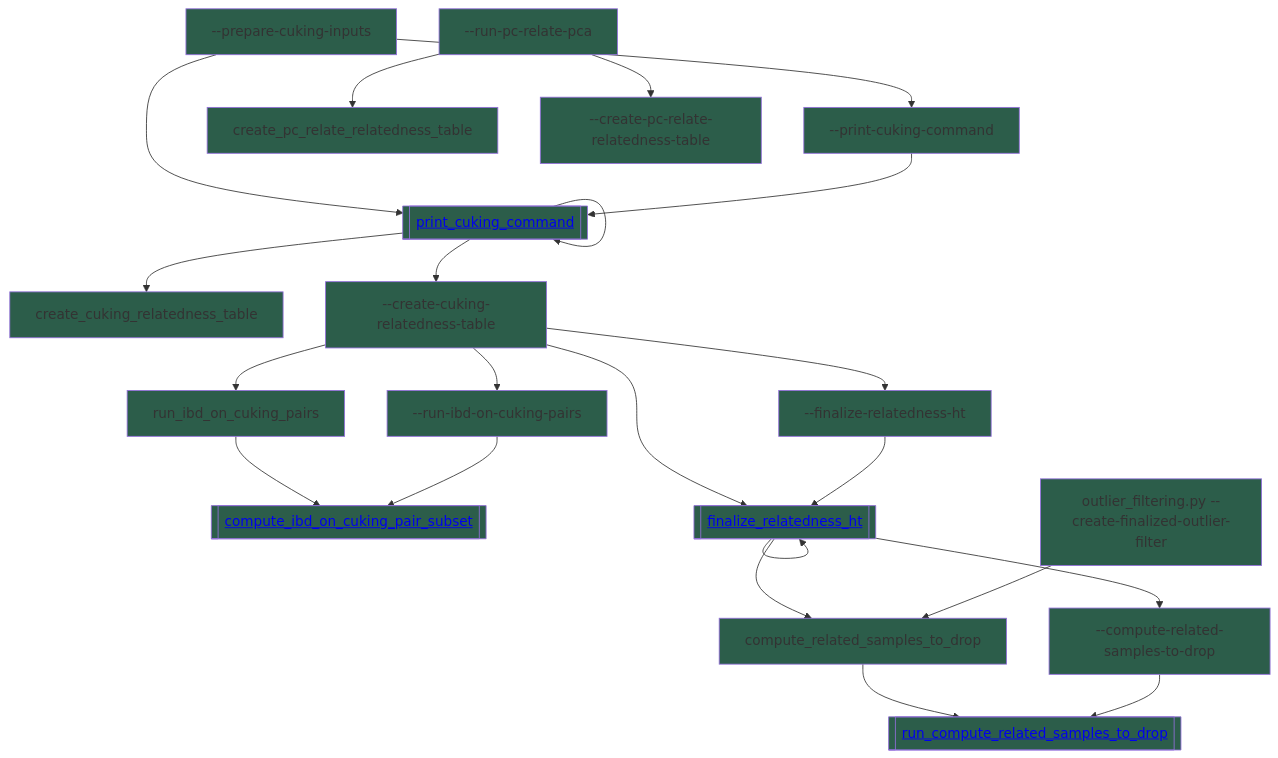
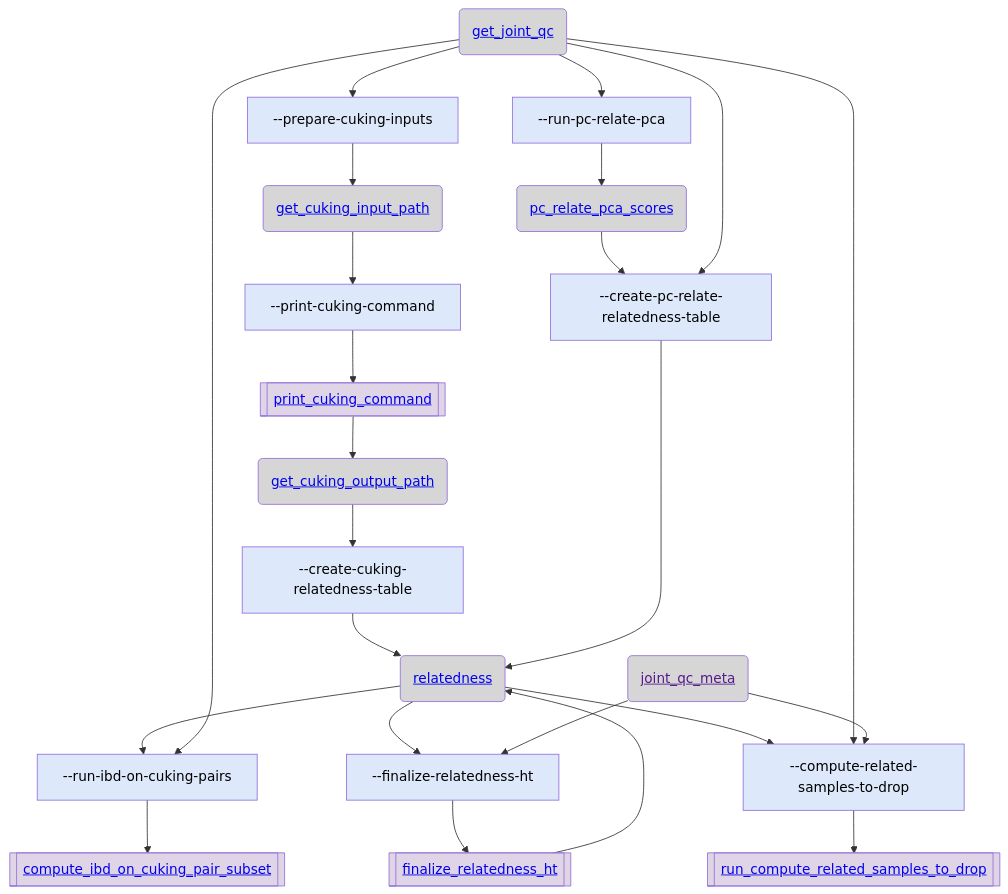
The second of 4 diagrams in gnomad_qc/v4/sample_qc/README.md (broadinstitute/gnomad_qc), drawn with Mermaid before and after one commit. The commit also changed other lines of this file and 6 other files, not shown here.

````diff
--- a/gnomad_qc/v4/sample_qc/README.md
+++ b/gnomad_qc/v4/sample_qc/README.md
@@ -45,31 +92,50 @@
 ```mermaid
 flowchart TB;
-  classDef script_color fill:#2C5D4A
-  classDef step_color fill:#2C5D4A
-  classDef func_color fill:#2C5D4A
-  classDef gnomad_methods_color fill:#2C5D4A
-  classDef hail_color fill:#2C5D4A
-  classDef resource_color fill:#2C5D4A
-  classDef validity_check_color fill:#2C5D4A
-  prepare-cuking-inputs["--prepare-cuking-inputs"]:::step_color --> print_cuking_command["print_cuking_command"]:::step_color;
-  print_cuking_command["print_cuking_command"]:::step_color --> print_cuking_command[["<a href='https://github.com/broadinstitute/gnomad_qc/tree/main/gnomad_qc/v4/sample_qc/relatedness.py#L46'>print_cuking_command</a>"]]:::func_color;
-  print-cuking-command["--print-cuking-command"]:::step_color --> print_cuking_command[["<a href='https://github.com/broadinstitute/gnomad_qc/tree/main/gnomad_qc/v4/sample_qc/relatedness.py#L46'>print_cuking_command</a>"]]:::func_color;
-  print_cuking_command[["<a href='https://github.com/broadinstitute/gnomad_qc/tree/main/gnomad_qc/v4/sample_qc/relatedness.py#L46'>print_cuking_command</a>"]]:::func_color --> create_cuking_relatedness_table["create_cuking_relatedness_table"]:::step_color;
-  create-cuking-relatedness-table["--create-cuking-relatedness-table"]:::step_color --> run_ibd_on_cuking_pairs["run_ibd_on_cuking_pairs"]:::step_color;
-  run_ibd_on_cuking_pairs["run_ibd_on_cuking_pairs"]:::step_color --> compute_ibd_on_cuking_pair_subset[["<a href='https://github.com/broadinstitute/gnomad_qc/tree/main/gnomad_qc/v4/sample_qc/relatedness.py#L93'>compute_ibd_on_cuking_pair_subset</a>"]]:::func_color;
-  create-cuking-relatedness-table["--create-cuking-relatedness-table"]:::step_color --> finalize_relatedness_ht["finalize_relatedness_ht"]:::step_color;
-  finalize_relatedness_ht["finalize_relatedness_ht"]:::step_color --> finalize_relatedness_ht[["<a href='https://github.com/broadinstitute/gnomad_qc/tree/main/gnomad_qc/v4/sample_qc/relatedness.py#L175'>finalize_relatedness_ht</a>"]]:::func_color;
-  finalize-relatedness-ht["--finalize-relatedness-ht"]:::step_color --> finalize_relatedness_ht[["<a href='https://github.com/broadinstitute/gnomad_qc/tree/main/gnomad_qc/v4/sample_qc/relatedness.py#L175'>finalize_relatedness_ht</a>"]]:::func_color;
-  finalize_relatedness_ht[["<a href='https://github.com/broadinstitute/gnomad_qc/tree/main/gnomad_qc/v4/sample_qc/relatedness.py#L175'>finalize_relatedness_ht</a>"]]:::func_color --> compute_related_samples_to_drop["compute_related_samples_to_drop"]:::step_color;
-  compute_related_samples_to_drop["compute_related_samples_to_drop"]:::step_color --> run_compute_related_samples_to_drop[["<a href='https://github.com/broadinstitute/gnomad_qc/tree/main/gnomad_qc/v4/sample_qc/relatedness.py#L315'>run_compute_related_samples_to_drop</a>"]]:::func_color;
-  create-finalized-outlier-filter["outlier_filtering.py --create-finalized-outlier-filter"]:::step_color --> compute_related_samples_to_drop["compute_related_samples_to_drop"]:::step_color;
-  run-pc-relate-pca["--run-pc-relate-pca"]:::step_color --> create_pc_relate_relatedness_table["create_pc_relate_relatedness_table"]:::step_color;
-  prepare-cuking-inputs["--prepare-cuking-inputs"]:::step_color --> print-cuking-command["--print-cuking-command"]:::step_color;
-  print_cuking_command[["<a href='https://github.com/broadinstitute/gnomad_qc/tree/main/gnomad_qc/v4/sample_qc/relatedness.py#L46'>print_cuking_command</a>"]]:::func_color --> create-cuking-relatedness-table["--create-cuking-relatedness-table"]:::step_color;
-  create-cuking-relatedness-table["--create-cuking-relatedness-table"]:::step_color --> run-ibd-on-cuking-pairs["--run-ibd-on-cuking-pairs"]:::step_color;
-  run-ibd-on-cuking-pairs["--run-ibd-on-cuking-pairs"]:::step_color --> compute_ibd_on_cuking_pair_subset[["<a href='https://github.com/broadinstitute/gnomad_qc/tree/main/gnomad_qc/v4/sample_qc/relatedness.py#L93'>compute_ibd_on_cuking_pair_subset</a>"]]:::func_color;
-  create-cuking-relatedness-table["--create-cuking-relatedness-table"]:::step_color --> finalize-relatedness-ht["--finalize-relatedness-ht"]:::step_color;
-  finalize_relatedness_ht[["<a href='https://github.com/broadinstitute/gnomad_qc/tree/main/gnomad_qc/v4/sample_qc/relatedness.py#L175'>finalize_relatedness_ht</a>"]]:::func_color --> compute-related-samples-to-drop["--compute-related-samples-to-drop"]:::step_color;
-  compute-related-samples-to-drop["--compute-related-samples-to-drop"]:::step_color --> run_compute_related_samples_to_drop[["<a href='https://github.com/broadinstitute/gnomad_qc/tree/main/gnomad_qc/v4/sample_qc/relatedness.py#L315'>run_compute_related_samples_to_drop</a>"]]:::func_color;
-  run-pc-relate-pca["--run-pc-relate-pca"]:::step_color --> create-pc-relate-relatedness-table["--create-pc-relate-relatedness-table"]:::step_color;
+  classDef script_color fill:#2C5D4A,color:#000000
+  classDef step_color fill:#DDE9FB,color:#000000
+  classDef func_color fill:#E0D5E6,color:#000000
+  classDef gnomad_methods_color fill:#F9F2CE,color:#000000
+  classDef hail_color fill:#FAEACE,color:#000000
+  classDef resource_color fill:#D6D6D6,color:#000000
+  classDef validity_check_color fill:#2C5D4A,color:#000000
+  resource_get_joint_qc("<a href='https://github.com/broadinstitute/gnomad_qc/tree/main/gnomad_qc/v4/resources/sample_qc.py#L388'>get_joint_qc</a>"):::resource_color;
+  step_prepare_cuking_inputs["--prepare-cuking-inputs"]:::step_color;
+  resource_get_cuking_input_path("<a href='https://github.com/broadinstitute/gnomad_qc/tree/main/gnomad_qc/v4/resources/sample_qc.py#L423'>get_cuking_input_path</a>"):::resource_color;
+  step_print_cuking_command["--print-cuking-command"]:::step_color;
+  func_print_cuking_command[["<a href='https://github.com/broadinstitute/gnomad_qc/tree/main/gnomad_qc/v4/sample_qc/relatedness.py#L46'>print_cuking_command</a>"]]:::func_color;
+  resource_get_cuking_output_path("<a href='https://github.com/broadinstitute/gnomad_qc/tree/main/gnomad_qc/v4/resources/sample_qc.py#L439'>get_cuking_output_path</a>"):::resource_color;
+  step_create_cuking_relatedness_table["--create-cuking-relatedness-table"]:::step_color;
+  resource_relatedness("<a href='https://github.com/broadinstitute/gnomad_qc/tree/main/gnomad_qc/v4/resources/sample_qc.py#L473'>relatedness</a>"):::resource_color;
+  step_run_ibd_on_cuking_pairs["--run-ibd-on-cuking-pairs"]:::step_color;
+  func_compute_ibd_on_cuking_pair_subset[["<a href='https://github.com/broadinstitute/gnomad_qc/tree/main/gnomad_qc/v4/sample_qc/relatedness.py#L93'>compute_ibd_on_cuking_pair_subset</a>"]]:::func_color;
+  step_create_pc_relate_relatedness_table["--create-pc-relate-relatedness-table"]:::step_color;
+  step_finalize_relatedness_ht["--finalize-relatedness-ht"]:::step_color;
+  func_finalize_relatedness_ht[["<a href='https://github.com/broadinstitute/gnomad_qc/tree/main/gnomad_qc/v4/sample_qc/relatedness.py#L175'>finalize_relatedness_ht</a>"]]:::func_color;
+  resource_joint_qc_meta("<a href=''>joint_qc_meta</a>"):::resource_color;
+  step_compute_related_samples_to_drop["--compute-related-samples-to-drop"]:::step_color;
+  func_run_compute_related_samples_to_drop[["<a href='https://github.com/broadinstitute/gnomad_qc/tree/main/gnomad_qc/v4/sample_qc/relatedness.py#L315'>run_compute_related_samples_to_drop</a>"]]:::func_color;
+  step_run_pc_relate_pca["--run-pc-relate-pca"]:::step_color;
+  resource_pc_relate_pca_scores("<a href='https://github.com/broadinstitute/gnomad_qc/tree/main/gnomad_qc/v4/resources/sample_qc.py#L455'>pc_relate_pca_scores</a>"):::resource_color;  resource_get_joint_qc --> step_prepare_cuking_inputs;
+  step_prepare_cuking_inputs --> resource_get_cuking_input_path;
+  resource_get_cuking_input_path --> step_print_cuking_command;
+  step_print_cuking_command --> func_print_cuking_command;
+  func_print_cuking_command --> resource_get_cuking_output_path;
+  resource_get_cuking_output_path --> step_create_cuking_relatedness_table;
+  step_create_cuking_relatedness_table --> resource_relatedness;
+  resource_relatedness --> step_run_ibd_on_cuking_pairs;
+  step_run_ibd_on_cuking_pairs --> func_compute_ibd_on_cuking_pair_subset;
+  resource_get_joint_qc --> step_run_ibd_on_cuking_pairs;
+  step_create_pc_relate_relatedness_table --> resource_relatedness;
+  resource_relatedness --> step_finalize_relatedness_ht;
+  step_finalize_relatedness_ht --> func_finalize_relatedness_ht;
+  resource_joint_qc_meta --> step_finalize_relatedness_ht;
+  func_finalize_relatedness_ht --> resource_relatedness;
+  resource_relatedness --> step_compute_related_samples_to_drop;
+  step_compute_related_samples_to_drop --> func_run_compute_related_samples_to_drop;
+  resource_get_joint_qc --> step_compute_related_samples_to_drop;
+  resource_joint_qc_meta --> step_compute_related_samples_to_drop;
+  resource_get_joint_qc --> step_run_pc_relate_pca;
+  step_run_pc_relate_pca --> resource_pc_relate_pca_scores;
+  resource_pc_relate_pca_scores --> step_create_pc_relate_relatedness_table;
+  resource_get_joint_qc --> step_create_pc_relate_relatedness_table;
 ```
````
